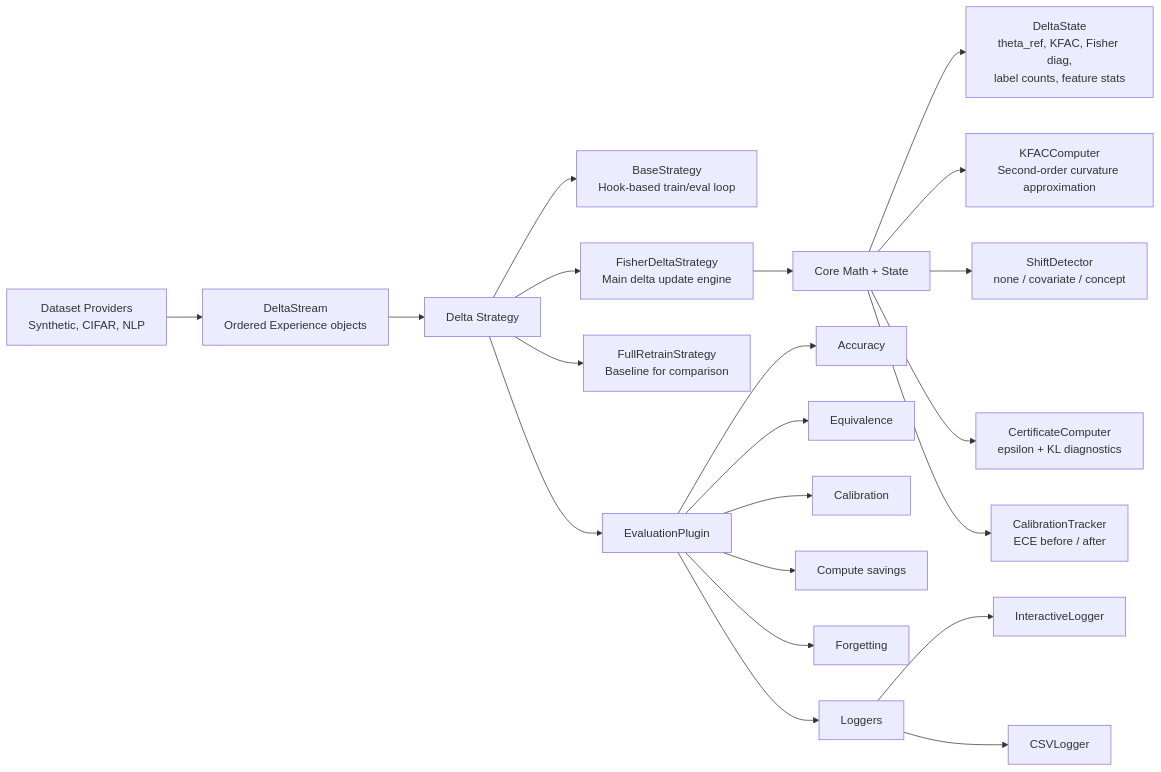
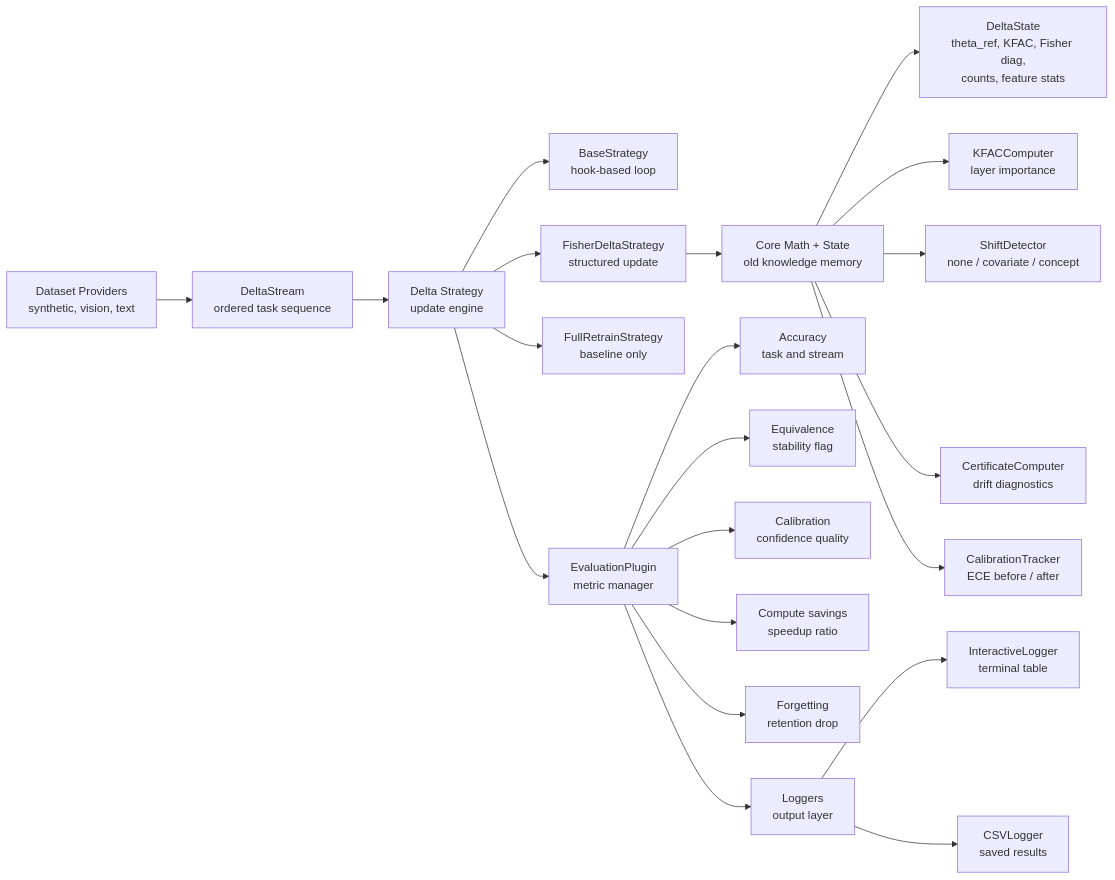
Before and after one commit to anikeaty08/MELD: the first of 2 diagrams in docs/PRESENTATION_ARCHITECTURE.md, drawn with Mermaid. The commit also changed 1 other file, not shown here.

````diff
--- a/docs/PRESENTATION_ARCHITECTURE.md
+++ b/docs/PRESENTATION_ARCHITECTURE.md
@@ -53,27 +53,27 @@
 ```mermaid
 flowchart LR
-    A["Dataset Providers<br/>Synthetic, CIFAR, NLP"] --> B["DeltaStream<br/>Ordered Experience objects"]
-    B --> C["Delta Strategy"]
+    A["Dataset Providers<br/>synthetic, vision, text"] --> B["DeltaStream<br/>ordered task sequence"]
+    B --> C["Delta Strategy<br/>update engine"]
 
-    C --> C1["BaseStrategy<br/>Hook-based train/eval loop"]
-    C --> C2["FisherDeltaStrategy<br/>Main delta update engine"]
-    C --> C3["FullRetrainStrategy<br/>Baseline for comparison"]
+    C --> C1["BaseStrategy<br/>hook-based loop"]
+    C --> C2["FisherDeltaStrategy<br/>structured update"]
+    C --> C3["FullRetrainStrategy<br/>baseline only"]
 
-    C2 --> D["Core Math + State"]
-    D --> D1["DeltaState<br/>theta_ref, KFAC, Fisher diag,<br/>label counts, feature stats"]
-    D --> D2["KFACComputer<br/>Second-order curvature approximation"]
+    C2 --> D["Core Math + State<br/>old knowledge memory"]
+    D --> D1["DeltaState<br/>theta_ref, KFAC, Fisher diag,<br/>counts, feature stats"]
+    D --> D2["KFACComputer<br/>layer importance"]
     D --> D3["ShiftDetector<br/>none / covariate / concept"]
-    D --> D4["CertificateComputer<br/>epsilon + KL diagnostics"]
+    D --> D4["CertificateComputer<br/>drift diagnostics"]
     D --> D5["CalibrationTracker<br/>ECE before / after"]
 
-    C --> E["EvaluationPlugin"]
-    E --> E1["Accuracy"]
-    E --> E2["Equivalence"]
-    E --> E3["Calibration"]
-    E --> E4["Compute savings"]
-    E --> E5["Forgetting"]
+    C --> E["EvaluationPlugin<br/>metric manager"]
+    E --> E1["Accuracy<br/>task and stream"]
+    E --> E2["Equivalence<br/>stability flag"]
+    E --> E3["Calibration<br/>confidence quality"]
+    E --> E4["Compute savings<br/>speedup ratio"]
+    E --> E5["Forgetting<br/>retention drop"]
 
-    E --> F["Loggers"]
-    F --> F1["InteractiveLogger"]
-    F --> F2["CSVLogger"]
+    E --> F["Loggers<br/>output layer"]
+    F --> F1["InteractiveLogger<br/>terminal table"]
+    F --> F2["CSVLogger<br/>saved results"]
 ```
````
